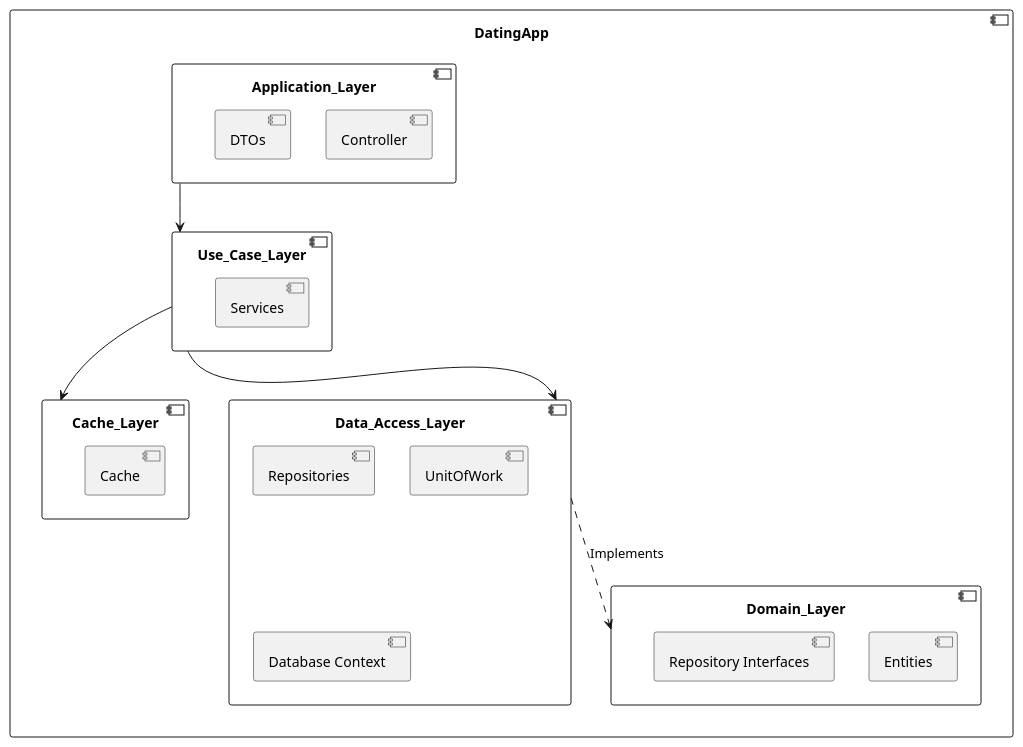
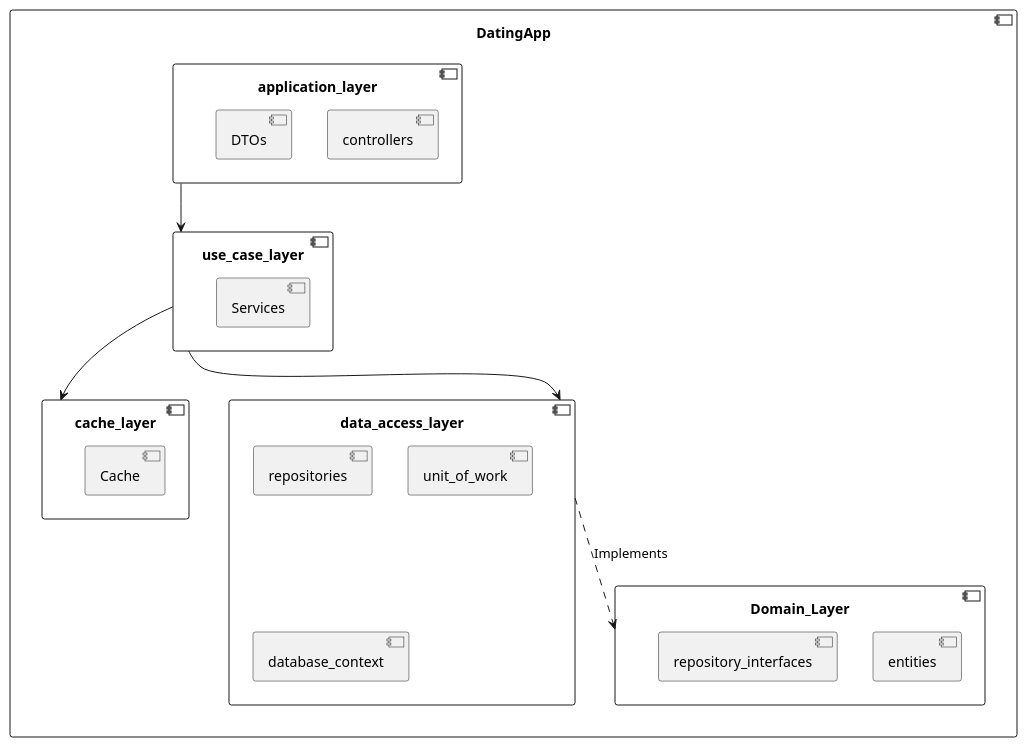
One commit to tammysensitive2312/Tinder-Dating-App-_IT4409 changed the first of 5 diagrams in docs/Dating_App_Package_diagram.puml. Above: the diagram before and after it, drawn with PlantUML. The commit also changed other lines of this file and 20 other files, not shown here.

```diff
--- a/docs/Dating_App_Package_diagram.puml
+++ b/docs/Dating_App_Package_diagram.puml
@@ -1,32 +1,32 @@
 @startuml overview architecture
 component DatingApp {
-    component Application_Layer {
-        [Controller]
+    component application_layer {
+        [controllers]
         [DTOs]
     }
 
-    component Use_Case_Layer {
+    component use_case_layer {
          [Services]
     }
 
-    component Cache_Layer {
+    component cache_layer {
         [Cache]
     }
 
-    component Data_Access_Layer {
-        [Repositories]
-        [UnitOfWork]
-        [Database Context]
+    component data_access_layer {
+        [repositories]
+        [unit_of_work]
+        [database_context]
     }
 
     component Domain_Layer {
-        [Entities]
-        [Repository Interfaces]
+        [entities]
+        [repository_interfaces]
     }
 
-    Application_Layer --> Use_Case_Layer
-    Use_Case_Layer --> Data_Access_Layer
-    Use_Case_Layer --> Cache_Layer
-    Data_Access_Layer ..> Domain_Layer : Implements
+    application_layer --> use_case_layer
+    use_case_layer --> data_access_layer
+    use_case_layer --> cache_layer
+    data_access_layer ..> Domain_Layer : Implements
 }
 @enduml
```
